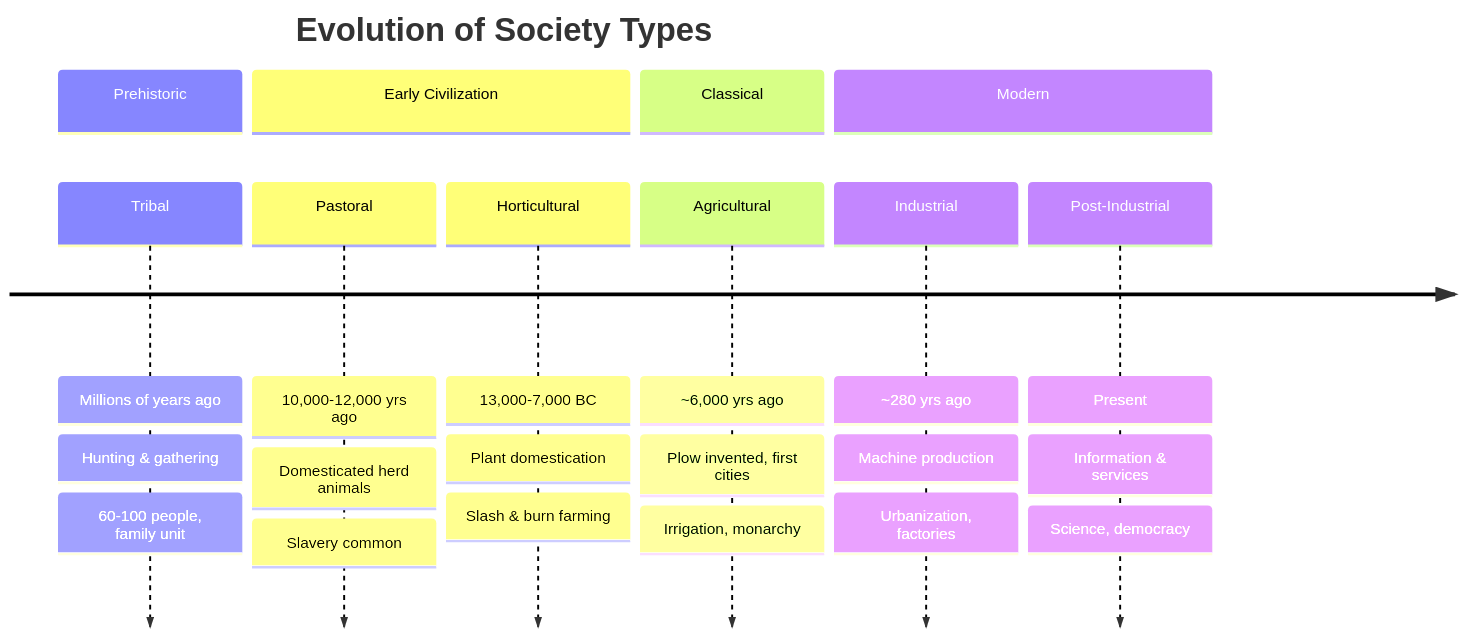
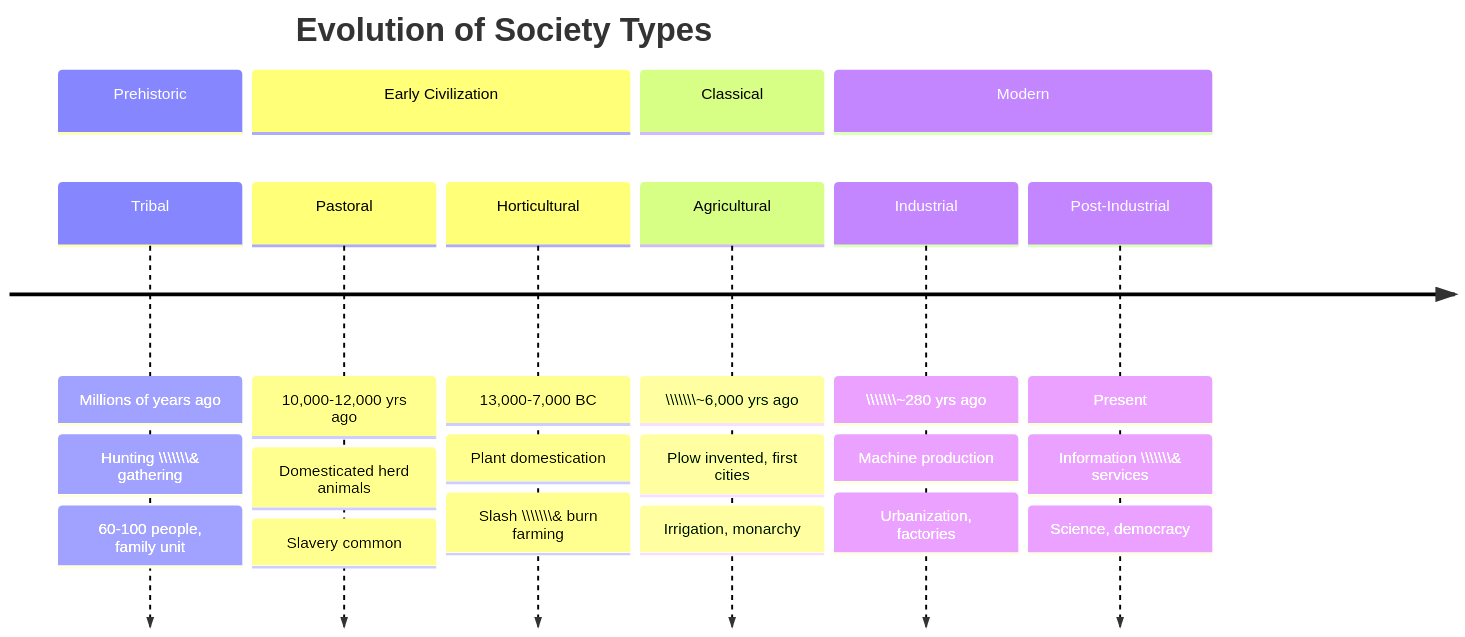
Before and after one commit to bibeksubedi0001/note: the first of 2 diagrams in epp/Ch01-History-of-Engineering-Practices-Complete.md, drawn with Mermaid. The commit also changed other lines of this file and 54 other files, not shown here.

````diff
--- a/epp/Ch01-History-of-Engineering-Practices-Complete.md
+++ b/epp/Ch01-History-of-Engineering-Practices-Complete.md
@@ -414,26 +412,26 @@
 ```mermaid
 timeline
     title Evolution of Society Types
     section Prehistoric
         Tribal : Millions of years ago
-               : Hunting & gathering
+               : Hunting \\\\\\\& gathering
                : 60-100 people, family unit
     section Early Civilization
         Pastoral : 10,000-12,000 yrs ago
                  : Domesticated herd animals
                  : Slavery common
         Horticultural : 13,000-7,000 BC
                       : Plant domestication
-                      : Slash & burn farming
+                      : Slash \\\\\\\& burn farming
     section Classical
-        Agricultural : ~6,000 yrs ago
+        Agricultural : \\\\\\\~6,000 yrs ago
                      : Plow invented, first cities
                      : Irrigation, monarchy
     section Modern
-        Industrial : ~280 yrs ago
+        Industrial : \\\\\\\~280 yrs ago
                    : Machine production
                    : Urbanization, factories
         Post-Industrial : Present
-                        : Information & services
+                        : Information \\\\\\\& services
                         : Science, democracy
 ```
````
